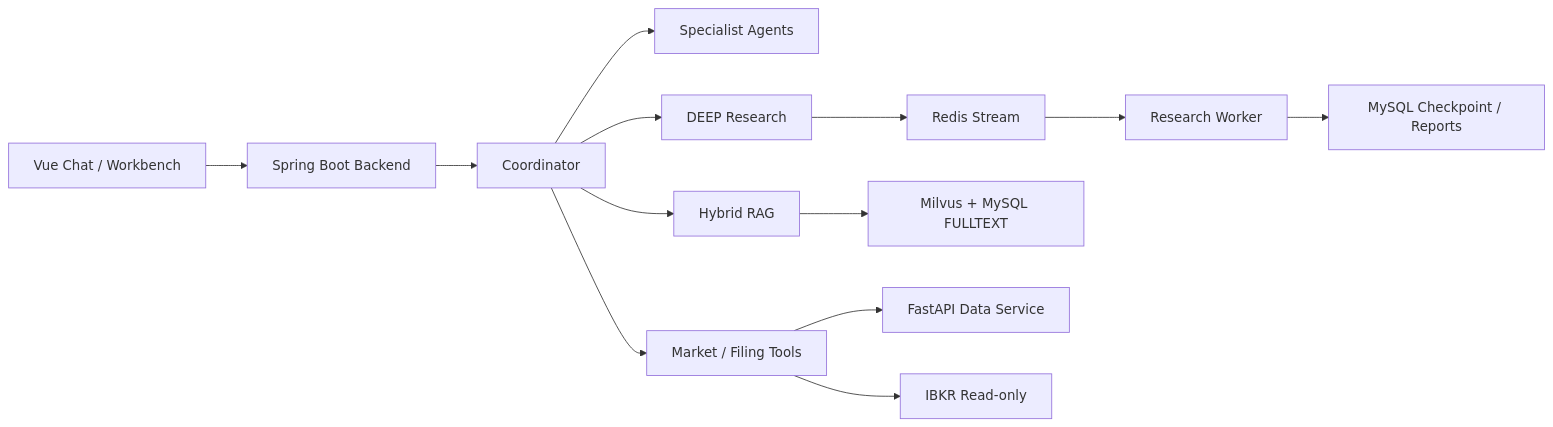
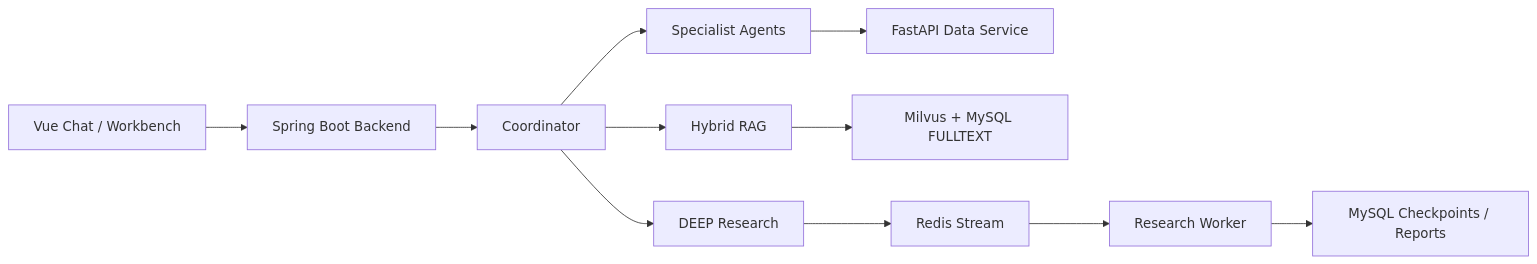
Before and after one commit to Tancaject/StockSage: the diagram in README.md, drawn with Mermaid. The commit also changed other lines of this file, not shown here.

````diff
--- a/README.md
+++ b/README.md
@@ -18,15 +17,13 @@
 ```mermaid
 flowchart LR
     UI["Vue Chat / Workbench"] --> API["Spring Boot Backend"]
     API --> CO["Coordinator"]
     CO --> AG["Specialist Agents"]
+    CO --> RAG["Hybrid RAG"]
     CO --> DEEP["DEEP Research"]
-    CO --> RAG["Hybrid RAG"]
-    CO --> TOOLS["Market / Filing Tools"]
+    AG --> DATA["FastAPI Data Service"]
+    RAG --> STORE["Milvus + MySQL FULLTEXT"]
     DEEP --> QUEUE["Redis Stream"]
     QUEUE --> WORKER["Research Worker"]
-    WORKER --> DB["MySQL Checkpoint / Reports"]
-    RAG --> VECTOR["Milvus + MySQL FULLTEXT"]
-    TOOLS --> DATA["FastAPI Data Service"]
-    TOOLS --> IBKR["IBKR Read-only"]
+    WORKER --> DB["MySQL Checkpoints / Reports"]
 ```
````
